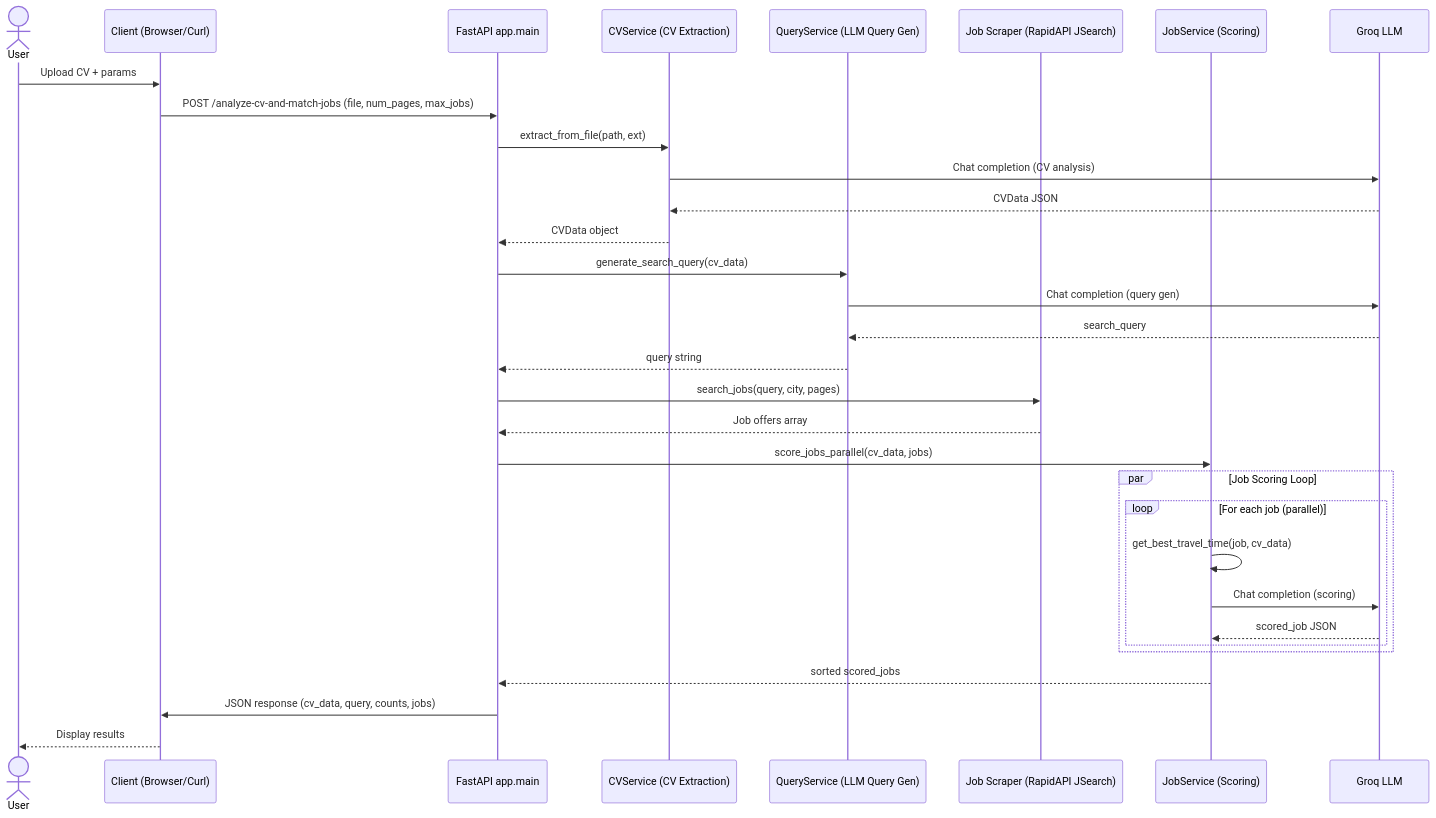
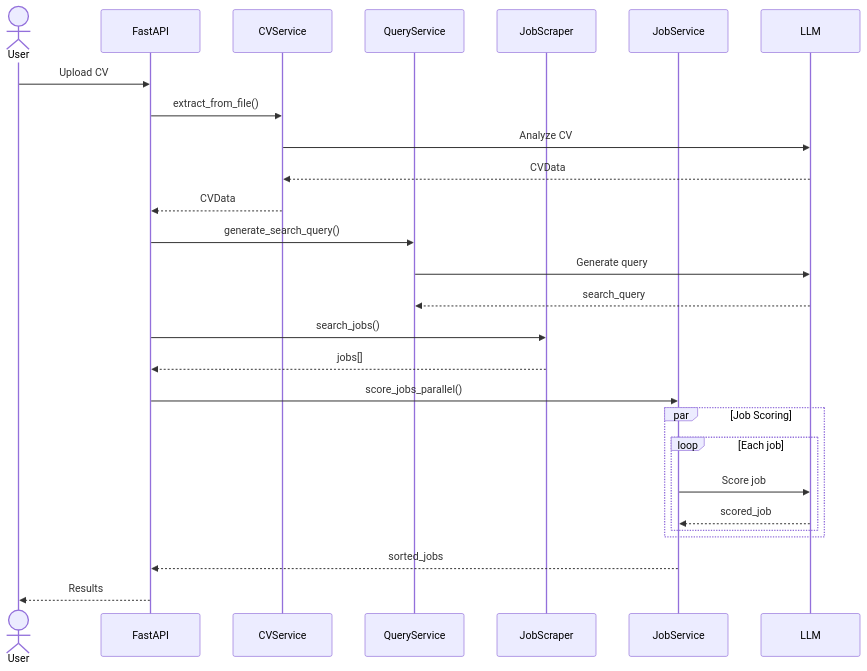
The second of 2 diagrams in README.md (morningstar-47/job-scrape-engine), drawn with Mermaid before and after one commit. The commit also changed other lines of this file, not shown here.

`````diff
--- a/README.md
+++ b/README.md
@@ -54,37 +245,35 @@
 ```mermaid
 sequenceDiagram
     actor User
-    participant Client as Client (Browser/Curl)
-    participant FastAPI as FastAPI app.main
-    participant CVSvc as CVService (CV Extraction)
-    participant QuerySvc as QueryService (LLM Query Gen)
-    participant JobSearch as Job Scraper (RapidAPI JSearch)
-    participant JobSvc as JobService (Scoring)
-    participant Groq as Groq LLM
+    participant FastAPI
+    participant CVService
+    participant QueryService
+    participant JobScraper
+    participant JobService
+    participant LLM
 
-    User->>Client: Upload CV + params
-    Client->>FastAPI: POST /analyze-cv-and-match-jobs (file, num_pages, max_jobs)
-    FastAPI->>CVSvc: extract_from_file(path, ext)
-    CVSvc->>Groq: Chat completion (CV analysis)
-    Groq-->>CVSvc: CVData JSON
-    CVSvc-->>FastAPI: CVData object
-    FastAPI->>QuerySvc: generate_search_query(cv_data)
-    QuerySvc->>Groq: Chat completion (query gen)
-    Groq-->>QuerySvc: search_query
-    QuerySvc-->>FastAPI: query string
-    FastAPI->>JobSearch: search_jobs(query, city, pages)
-    JobSearch-->>FastAPI: Job offers array
-    FastAPI->>JobSvc: score_jobs_parallel(cv_data, jobs)
-
-    par Job Scoring Loop
-        loop For each job (parallel)
-            JobSvc->>JobSvc: get_best_travel_time(job, cv_data)
-            JobSvc->>Groq: Chat completion (scoring)
-            Groq-->>JobSvc: scored_job JSON
+    User->>FastAPI: Upload CV
+    FastAPI->>CVService: extract_from_file()
+    CVService->>LLM: Analyze CV
+    LLM-->>CVService: CVData
+    CVService-->>FastAPI: CVData
+    
+    FastAPI->>QueryService: generate_search_query()
+    QueryService->>LLM: Generate query
+    LLM-->>QueryService: search_query
+    
+    FastAPI->>JobScraper: search_jobs()
+    JobScraper-->>FastAPI: jobs[]
+    
+    FastAPI->>JobService: score_jobs_parallel()
+    
+    par Job Scoring
+        loop Each job
+            JobService->>LLM: Score job
+            LLM-->>JobService: scored_job
         end
     end
-
-    JobSvc-->>FastAPI: sorted scored_jobs
-    FastAPI->>Client: JSON response (cv_data, query, counts, jobs)
-    Client-->>User: Display results
-````
+    
+    JobService-->>FastAPI: sorted_jobs
+    FastAPI-->>User: Results
+```
`````
